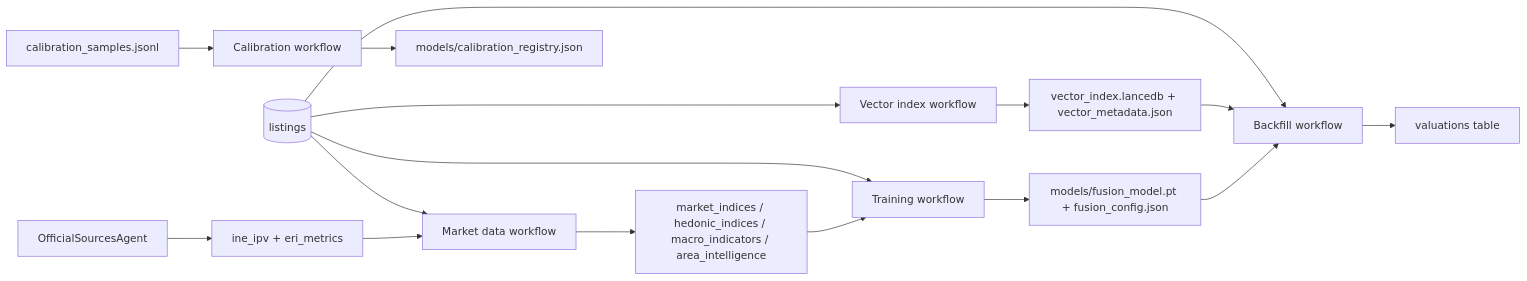
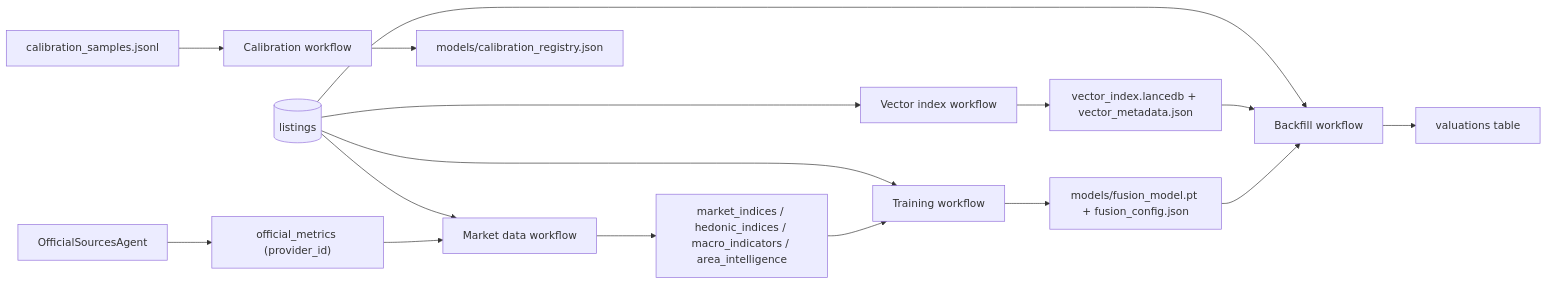
One commit to Nirtzur0/PropertyScanner changed the third of 4 diagrams in docs/02_data_pipeline.md. Above: the diagram before and after it, drawn with Mermaid. The commit also changed other lines of this file and 56 other files, not shown here.

Commit message:
Refactor scraping architecture: update crawlers, deep cleanup of data/models, and refine documentation

````diff
--- a/docs/02_data_pipeline.md
+++ b/docs/02_data_pipeline.md
@@ -61,22 +61,22 @@
 ```mermaid
 flowchart LR
     Listings[("listings")] --> MarketData["Market data workflow"]
     MarketData --> MarketTables["market_indices / hedonic_indices / macro_indicators / area_intelligence"]
 
-    Gov["OfficialSourcesAgent"] --> GovData["ine_ipv + eri_metrics"] --> MarketData
+    Gov["OfficialSourcesAgent"] --> GovData["official_metrics (provider_id)"] --> MarketData
 
     Listings --> Index["Vector index workflow"]
     Index --> VectorIndex["vector_index.lancedb + vector_metadata.json"]
 
     Listings --> Train["Training workflow"]
     MarketTables --> Train
     Train --> ModelArtifacts["models/fusion_model.pt + fusion_config.json"]
 
     Listings --> Backfill["Backfill workflow"]
     VectorIndex --> Backfill
     ModelArtifacts --> Backfill
     Backfill --> Val["valuations table"]
 
     CalibSamples["calibration_samples.jsonl"] --> CalibUpdate["Calibration workflow"]
     CalibUpdate --> Calib["models/calibration_registry.json"]
 ```
````
